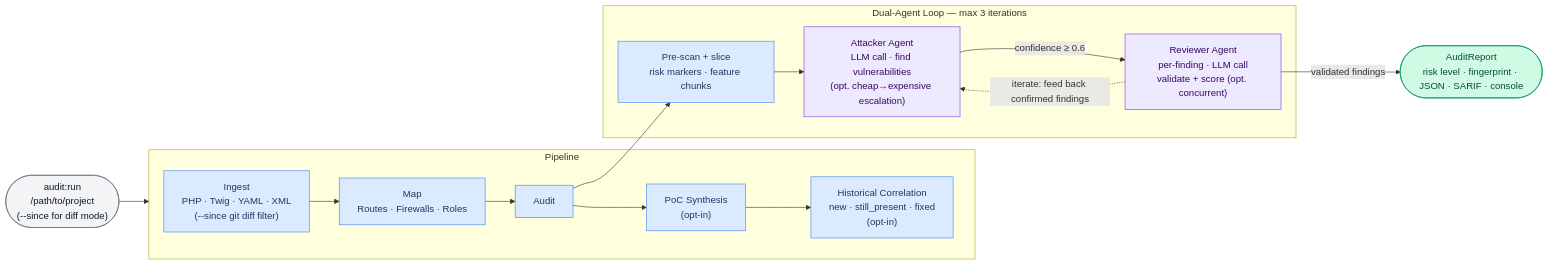
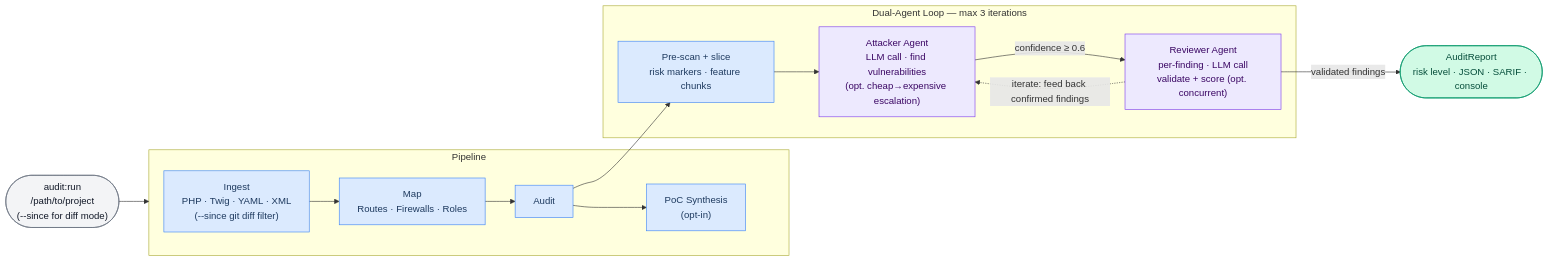
The second of 4 diagrams in docs/diagrams.md (vinceAmstoutz/symfony-security-auditor), drawn with Mermaid before and after one commit. The commit also changed 25 other files, not shown here.

````diff
--- a/docs/diagrams.md
+++ b/docs/diagrams.md
@@ -42,34 +42,33 @@
 ```mermaid
 %%{init: {'theme': 'default', 'themeVariables': {'background': 'transparent'}}}%%
 flowchart LR
     classDef cmd fill:#f3f4f6,stroke:#6b7280,color:#111827
     classDef stage fill:#dbeafe,stroke:#3b82f6,color:#1e3a5f
     classDef agent fill:#ede9fe,stroke:#7c3aed,color:#3b0764
     classDef report fill:#d1fae5,stroke:#059669,color:#064e3b
 
     CLI(["audit:run\n/path/to/project\n(--since for diff mode)"]):::cmd
 
     subgraph PIPE["  Pipeline  "]
         ING["Ingest\nPHP · Twig · YAML · XML\n(--since git diff filter)"]:::stage
         MAP["Map\nRoutes · Firewalls · Roles"]:::stage
         AUD["Audit"]:::stage
         POC["PoC Synthesis\n(opt-in)"]:::stage
-        HIST["Historical Correlation\nnew · still_present · fixed\n(opt-in)"]:::stage
-        ING --> MAP --> AUD --> POC --> HIST
+        ING --> MAP --> AUD --> POC
     end
 
     subgraph LOOP["  Dual-Agent Loop — max 3 iterations  "]
         PRE["Pre-scan + slice\nrisk markers · feature chunks"]:::stage
         ATK["Attacker Agent\nLLM call · find vulnerabilities\n(opt. cheap→expensive escalation)"]:::agent
         REV["Reviewer Agent\nper-finding · LLM call\nvalidate + score (opt. concurrent)"]:::agent
         PRE --> ATK
         ATK -- "confidence ≥ 0.6" --> REV
         REV -. "iterate: feed back confirmed findings" .-> ATK
     end
 
-    RPT(["AuditReport\nrisk level · fingerprint · JSON · SARIF · console"]):::report
+    RPT(["AuditReport\nrisk level · JSON · SARIF · console"]):::report
 
     CLI --> PIPE
     AUD --> PRE
     REV -- "validated findings" --> RPT
 ```
````
